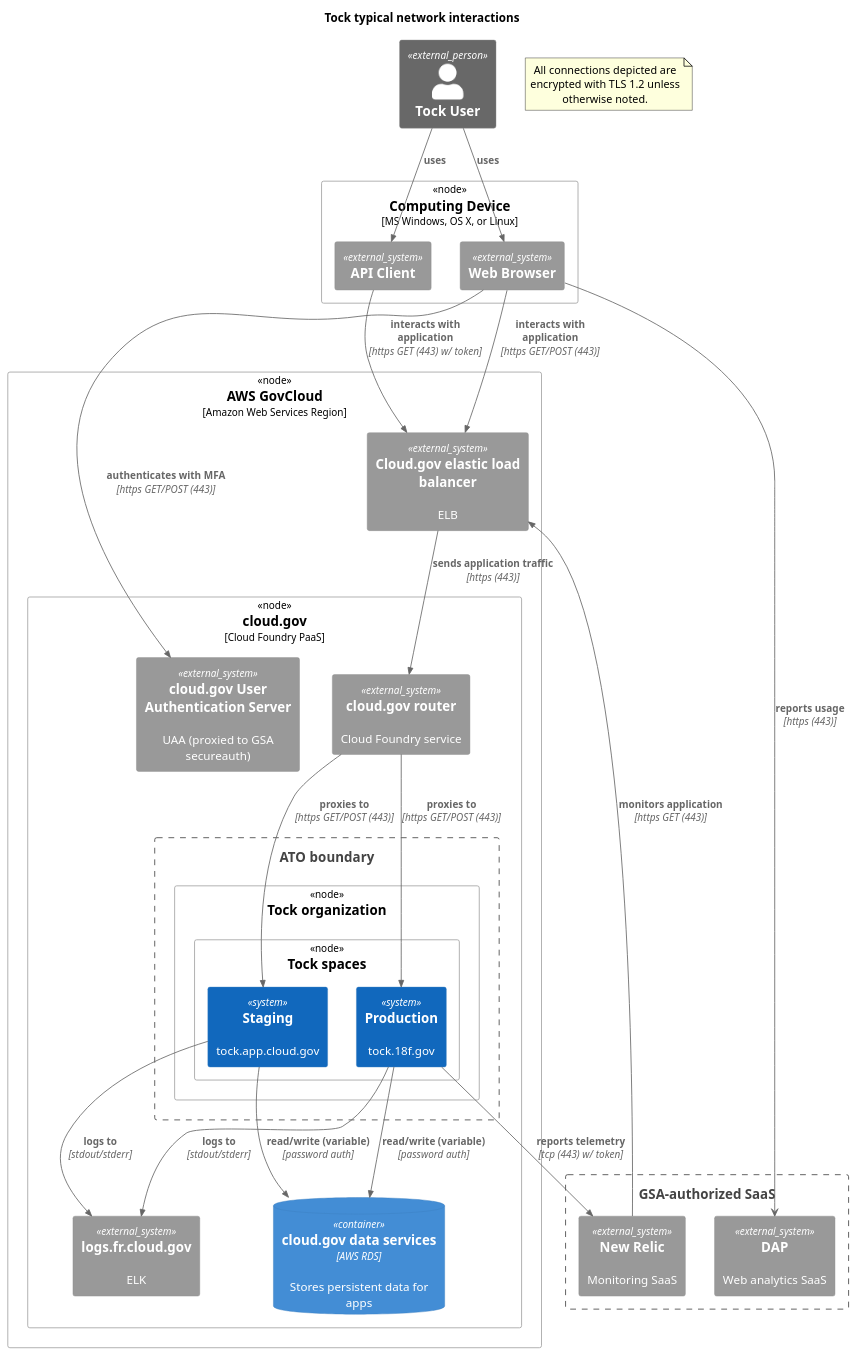
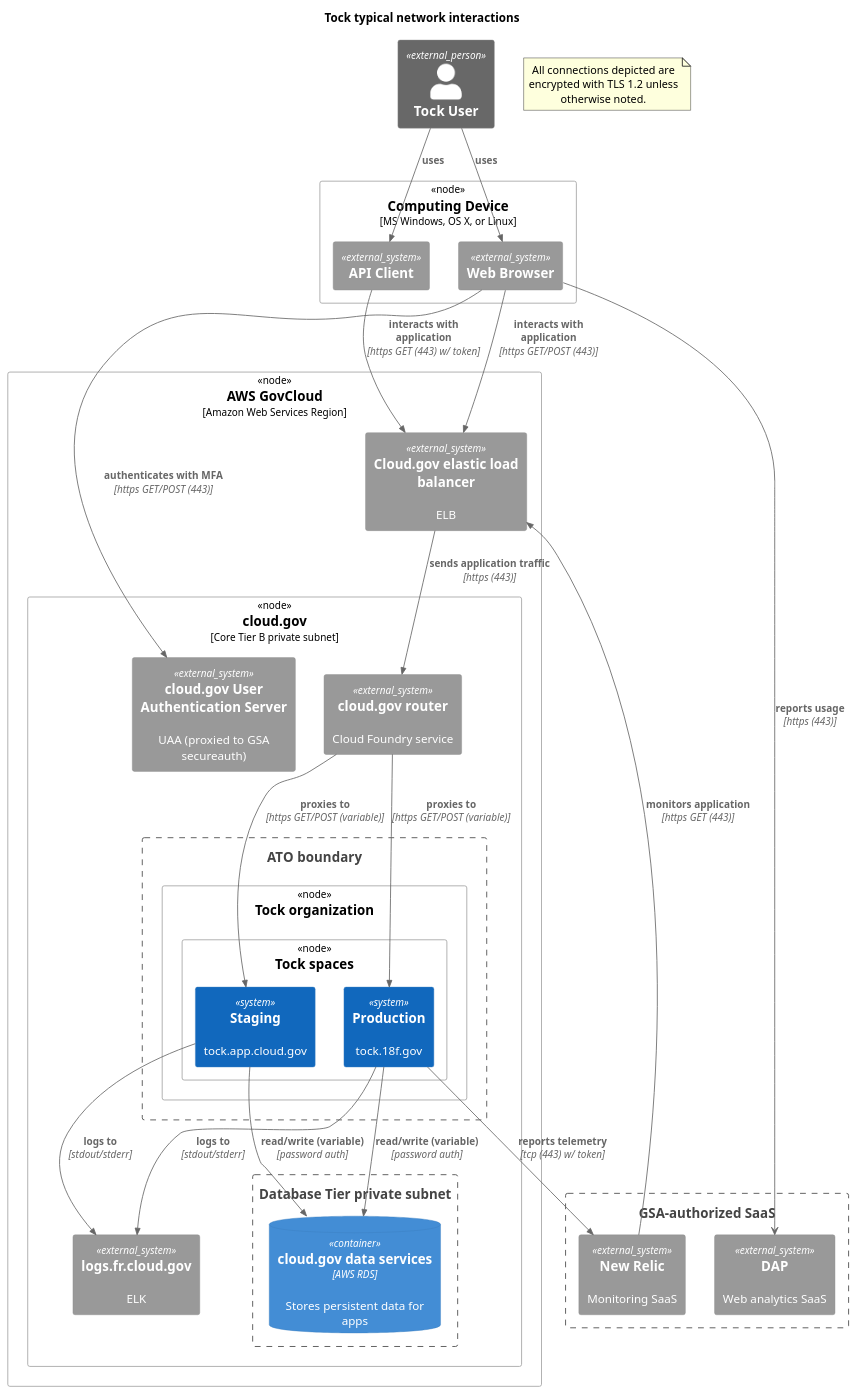
The diagram in docs/diagrams/network.puml (18F/tock), drawn with PlantUML before and after one commit.

Commit message:
network diagram updates

```diff
--- a/docs/diagrams/network.puml
+++ b/docs/diagrams/network.puml
@@ -1,72 +1,73 @@
 @startuml
 !include https://raw.githubusercontent.com/adrianvlupu/C4-PlantUML/latest/C4_Deployment.puml
 
 
 title Tock typical network interactions
 
 note as EncryptionNote
   All connections depicted are encrypted with TLS 1.2 unless otherwise noted.
 end note
 
 
 Deployment_Node(aws, "AWS GovCloud", "Amazon Web Services Region") {
 	System_Ext(aws_alb, "Cloud.gov elastic load balancer", "ELB")
-	Deployment_Node(cloudgov, "cloud.gov", "Cloud Foundry PaaS") {
+	Deployment_Node(cloudgov, "cloud.gov", "Core Tier B private subnet") {
         System_Ext(cloudgov_router, "cloud.gov router", "Cloud Foundry service")
         System_Ext(cloudgov_logdrain, "logs.fr.cloud.gov", "ELK")
         System_Ext(cloudgov_uaa, "cloud.gov User Authentication Server", "UAA (proxied to GSA secureauth)")
 
-
+       Boundary(cloudgov_db_tier, "Database Tier private subnet") {
         ContainerDb(cloudgov_services, "cloud.gov data services", "AWS RDS", "Stores persistent data for apps")
+        }
 
         Boundary(atob, "ATO boundary") {
             Deployment_Node(organization, "Tock organization") {
                 Deployment_Node(space, "Tock spaces") {
                     System(app, "Production", "tock.18f.gov")
                     System(app_staging, "Staging", "tock.app.cloud.gov", )
-}
+                }
             }
         }
     }
 }
 
 Rel(aws_alb, cloudgov_router, "sends application traffic", "https (443)")
 Rel(app, cloudgov_services, "read/write (variable)", "password auth")
 Rel(app_staging, cloudgov_services, "read/write (variable)", "password auth")
 
 
 ' Logs flow
 Rel(app, cloudgov_logdrain, "logs to", "stdout/stderr")
 Rel(app_staging, cloudgov_logdrain, "logs to", "stdout/stderr")
 
 
 ' User access
 Person_Ext(public, "Tock User")
 Deployment_Node(computer, "Computing Device", "MS Windows, OS X, or Linux"){
     System_Ext(browser, "Web Browser")
     System_Ext(api_client, "API Client")
 }
 
 
 ' Monitoring
 Boundary(gsa_saas, "GSA-authorized SaaS") {
 	System_Ext(dap, "DAP", "Web analytics SaaS")
 	System_Ext(newrelic, "New Relic", "Monitoring SaaS")
 }
 
 Rel_L(newrelic, aws_alb, "monitors application", "https GET (443)")
 Rel(app, newrelic, "reports telemetry", "tcp (443) w/ token")
 Rel(public, browser, "uses")
 Rel(public, api_client, "uses")
 
 browser --> dap : **reports usage** \n//[https (443)]//
 
 Rel(browser, aws_alb, "interacts with application", "https GET/POST (443)")
 Rel(browser, cloudgov_uaa, "authenticates with MFA", "https GET/POST (443)")
 
 Rel(api_client, aws_alb, "interacts with application", "https GET (443) w/ token")
 
-Rel(cloudgov_router, app, "proxies to", "https GET/POST (443)")
-Rel(cloudgov_router, app_staging, "proxies to", "https GET/POST (443)")
+Rel(cloudgov_router, app, "proxies to", "https GET/POST (variable)")
+Rel(cloudgov_router, app_staging, "proxies to", "https GET/POST (variable)")
 
 @enduml
```
